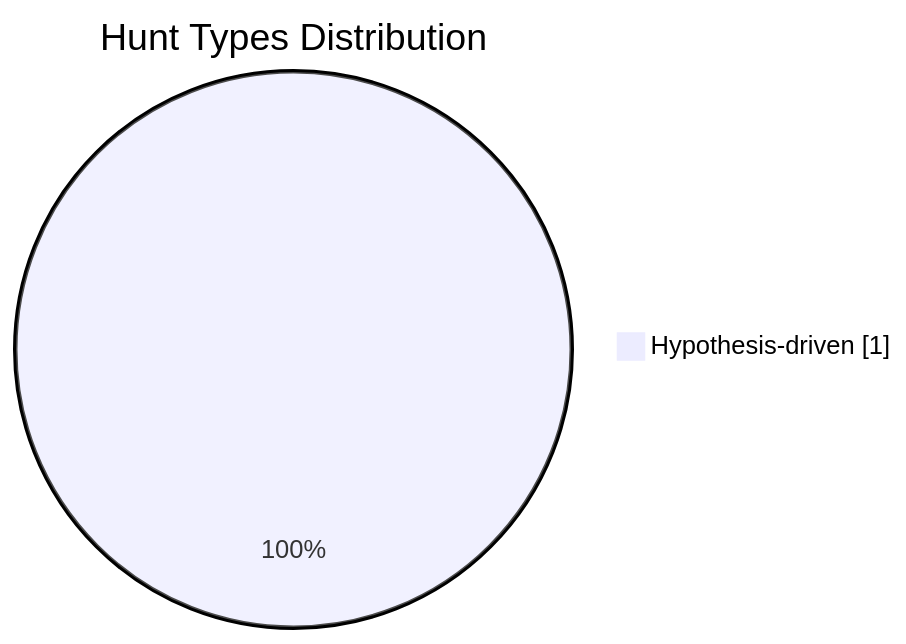
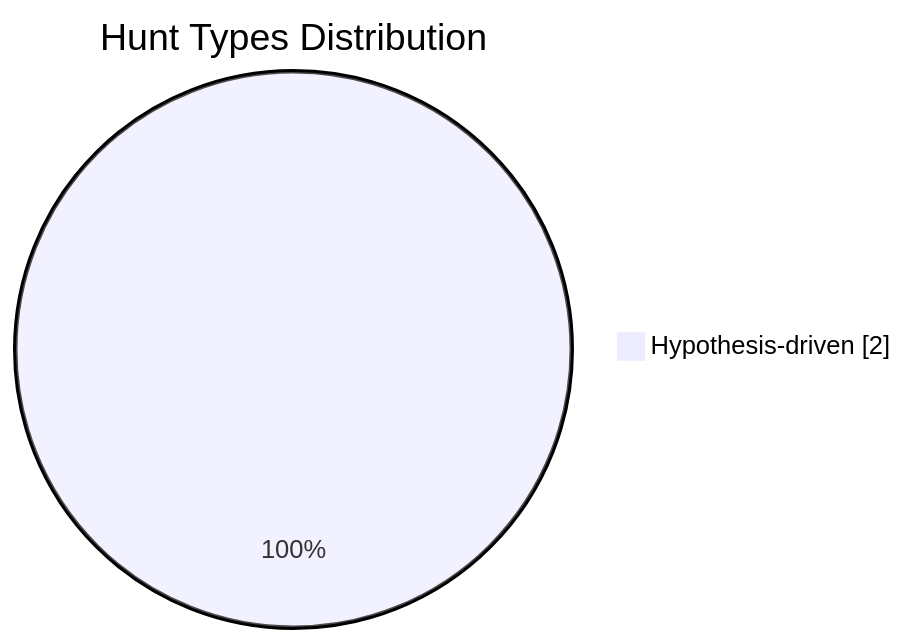
One commit to SWolfSec/Threat-Hunting-As-Code changed the second of 4 diagrams in docs/dashboard.md. Above: the diagram before and after it, drawn with Mermaid. The commit also changed other lines of this file and 2 other files, not shown here.

````diff
--- a/docs/dashboard.md
+++ b/docs/dashboard.md
@@ -43,5 +43,5 @@
 ```mermaid
 pie showData
     title Hunt Types Distribution
-    "Hypothesis-driven" : 1
+    "Hypothesis-driven" : 2
 ```
````
